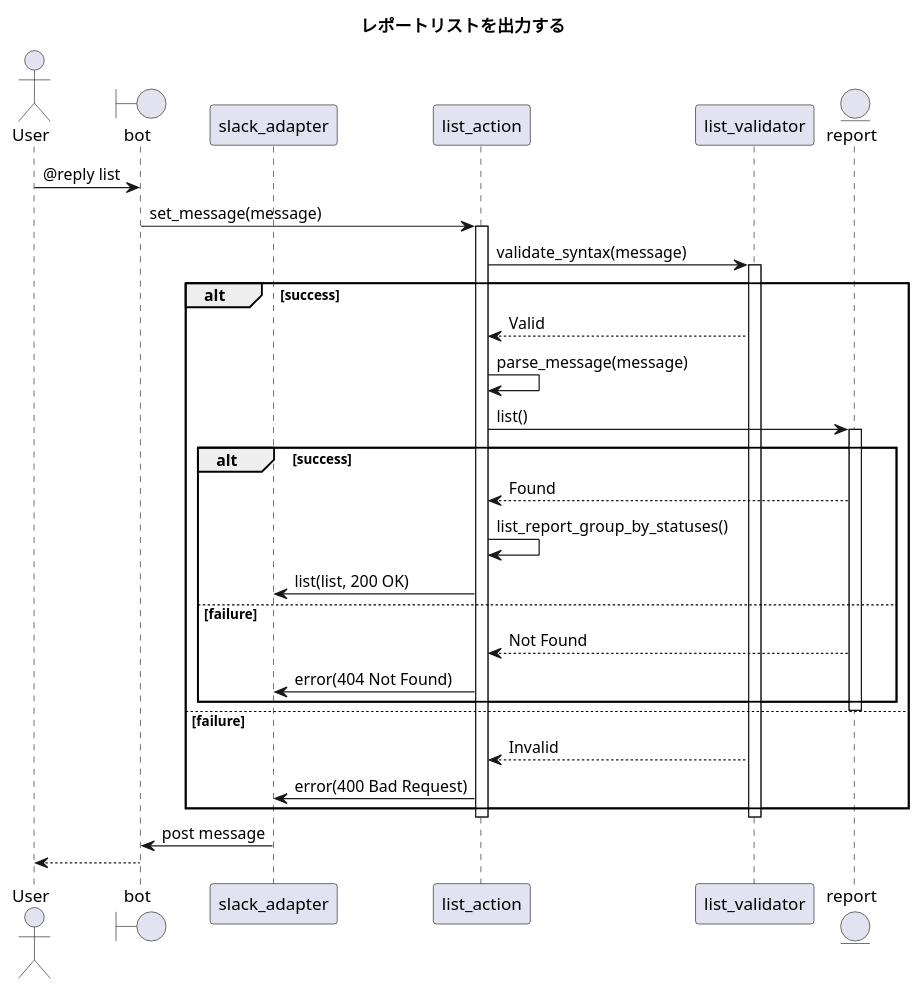
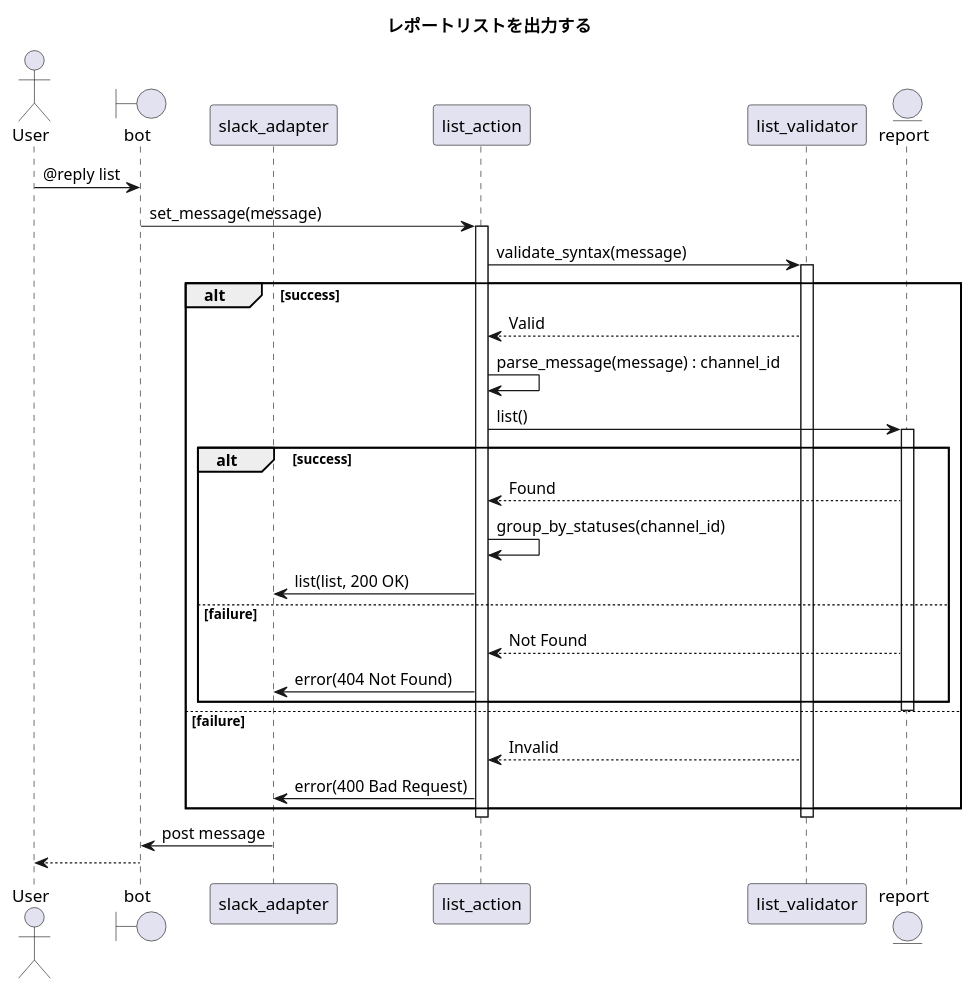
The diagram in 1.design/5.sequences/list-report.md (ito-masam/kpt-guard.doc), drawn with PlantUML before and after one commit. The commit also changed 9 other files, not shown here.

```diff
--- a/1.design/5.sequences/list-report.md
+++ b/1.design/5.sequences/list-report.md
@@ -1,43 +1,43 @@
 @startuml
 
     ' ----------- meta
     title レポートリストを出力する
 
     actor User
     boundary bot
     participant slack_adapter
     participant list_action
     participant list_validator
     entity report
 
     ' ----------- main
     User -> bot : @reply list
     bot -> list_action : set_message(message)
     activate list_action
         list_action -> list_validator : validate_syntax(message)
         activate list_validator
             alt success
                 list_validator --> list_action : Valid
-                list_action -> list_action : parse_message(message)
+                list_action -> list_action : parse_message(message) : channel_id
                 list_action -> report : list()
                 activate report
                     alt success
                         report --> list_action : Found
-                        list_action -> list_action : list_report_group_by_statuses()
+                        list_action -> list_action : group_by_statuses(channel_id)
                         list_action -> slack_adapter : list(list, 200 OK)
                     else failure
                         report --> list_action : Not Found
                         list_action -> slack_adapter : error(404 Not Found)
                     end
                 deactivate report
             else failure
                 ' ----------- alternative
                 list_validator --> list_action : Invalid
                 list_action -> slack_adapter : error(400 Bad Request)
             end
         deactivate list_validator
     deactivate list_action
     slack_adapter -> bot : post message
     bot --> User
 
 @enduml
```
